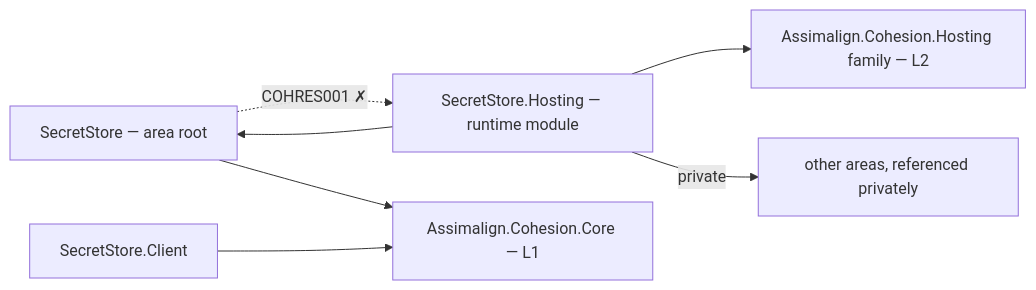
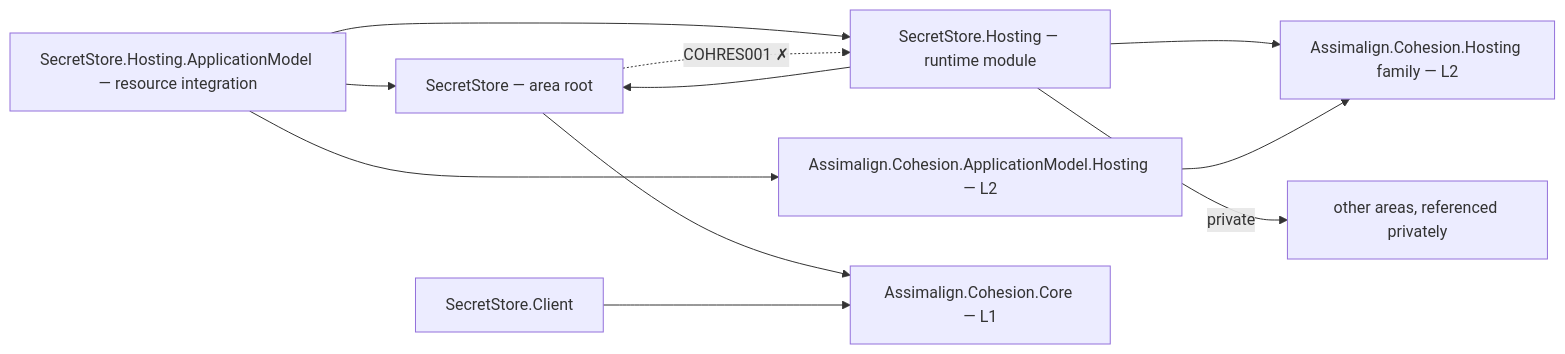
The diagram in resources/SecretStore/README.md (assimalign/cohesion), drawn with Mermaid before and after one commit. The commit also changed other lines of this file and 454 other files, not shown here.

First line of the commit message:
feat(resources): give every resource area a Hosting.ApplicationModel integration

````diff
--- a/resources/SecretStore/README.md
+++ b/resources/SecretStore/README.md
@@ -10,15 +10,21 @@
 ```mermaid
 flowchart LR
     P0["SecretStore — area root"]
     P2["SecretStore.Client"]
     P3["SecretStore.Hosting — runtime module"]
+    PAM["SecretStore.Hosting.ApplicationModel — resource integration"]
+    AMH["Assimalign.Cohesion.ApplicationModel.Hosting — L2"]
     CORE["Assimalign.Cohesion.Core — L1"]
     HOSTFAM["Assimalign.Cohesion.Hosting family — L2"]
     PRIV["other areas, referenced privately"]
     P0 --> CORE
     P2 --> CORE
     P3 --> HOSTFAM
     P3 --> P0
     P3 -->|"private"| PRIV
+    PAM --> P3
+    PAM --> P0
+    PAM --> AMH
+    AMH --> HOSTFAM
     P0 -.->|"COHRES001 ✗"| P3
 ```
````
